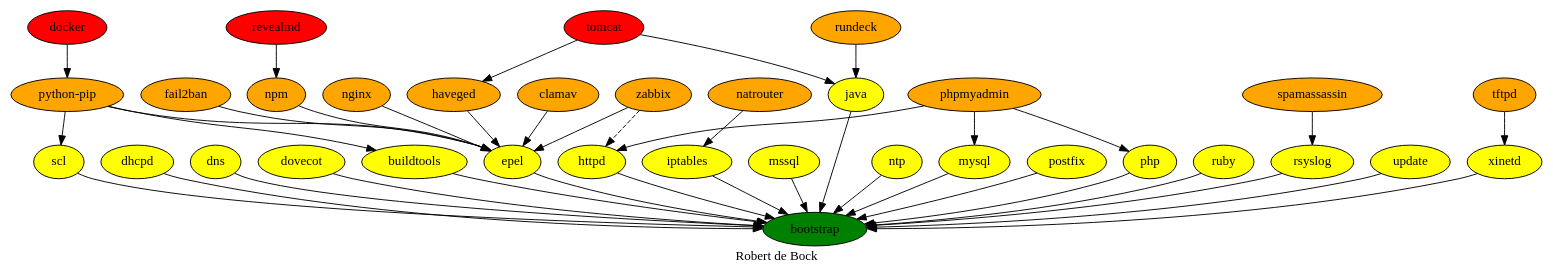
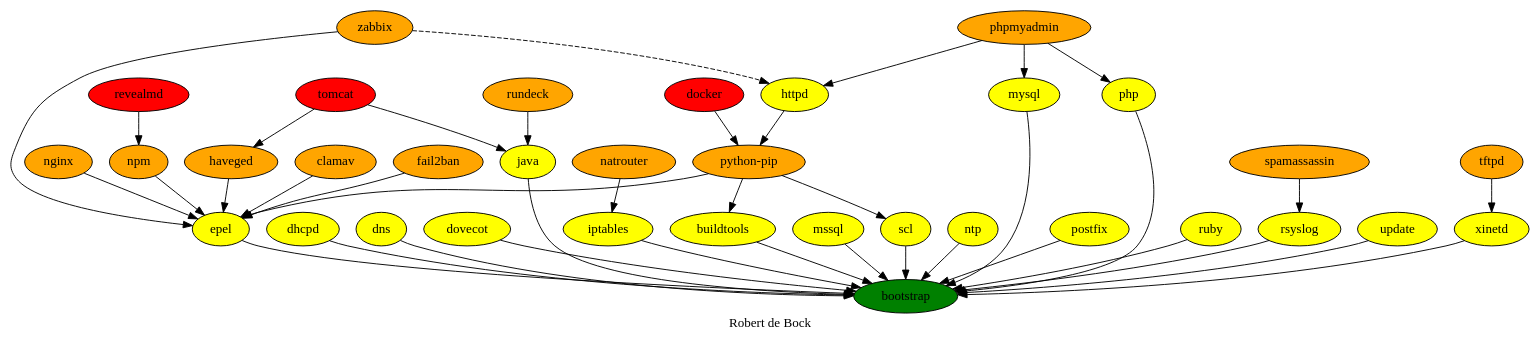
One commit to robertdebock/robertdebock.github.io changed the diagram in dependencies.dot. Above: the diagram before and after it, drawn with Graphviz.

Commit message:
Update dependencies.dot
httpd will depend on python-pip.

```diff
--- a/dependencies.dot
+++ b/dependencies.dot
@@ -1,52 +1,52 @@
 digraph PhiloDilemma {
   label = "Robert de Bock" ;
   overlap=false
   {
     bootstrap [fillcolor=green style=filled]
     buildtools [fillcolor=yellow style=filled]
     clamav [fillcolor=orange style=filled]
     dhcpd [fillcolor=yellow style=filled]
     dns [fillcolor=yellow style=filled]
     docker [fillcolor=red style=filled]
     dovecot [fillcolor=yellow style=filled]
     epel [fillcolor=yellow style=filled]
     fail2ban [fillcolor=orange style=filled]
     haveged [fillcolor=orange style=filled]
     httpd [fillcolor=yellow style=filled]
     iptables [fillcolor=yellow style=filled]
     java [fillcolor=yellow style=filled]
     mssql [fillcolor=yellow style=filled]
     mysql [fillcolor=yellow style=filled]
     natrouter [fillcolor=orange style=filled]
     nginx [fillcolor=orange style=filled]
     npm [fillcolor=orange style=filled]
     ntp [fillcolor=yellow style=filled]
     php [fillcolor=yellow style=filled]
     phpmyadmin [fillcolor=orange style=filled]
     postfix [fillcolor=yellow style=filled]
     "python-pip" [fillcolor=orange style=filled]
     revealmd [fillcolor=red style=filled]
     rsyslog [fillcolor=yellow style=filled]
     ruby [fillcolor=yellow style=filled]
     rundeck [fillcolor=orange style=filled]
     scl [fillcolor=yellow style=filled]
     spamassassin [fillcolor=orange style=filled]
     tftpd [fillcolor=orange style=filled]
     tomcat [fillcolor=red style=filled]
     update [fillcolor=yellow style=filled]
     xinetd [fillcolor=yellow style=filled]
     zabbix [fillcolor=orange style=filled]
   }
-  {buildtools dhcpd dns dovecot epel httpd iptables java mysql mssql ntp php postfix rsyslog ruby scl update xinetd} -> bootstrap
+  {buildtools dhcpd dns dovecot epel iptables java mysql mssql ntp php postfix rsyslog ruby scl update xinetd} -> bootstrap
   {clamav fail2ban haveged nginx npm "python-pip" zabbix} -> epel
-  docker -> "python-pip"
+  {docker httpd} -> "python-pip"
   revealmd -> npm
   natrouter -> iptables
   tftpd -> xinetd 
   phpmyadmin -> {php httpd mysql}
   zabbix -> httpd [style=dashed]
   "python-pip" -> {buildtools scl}
   {rundeck tomcat} -> java
   tomcat -> haveged
   spamassassin -> rsyslog
 }
```
